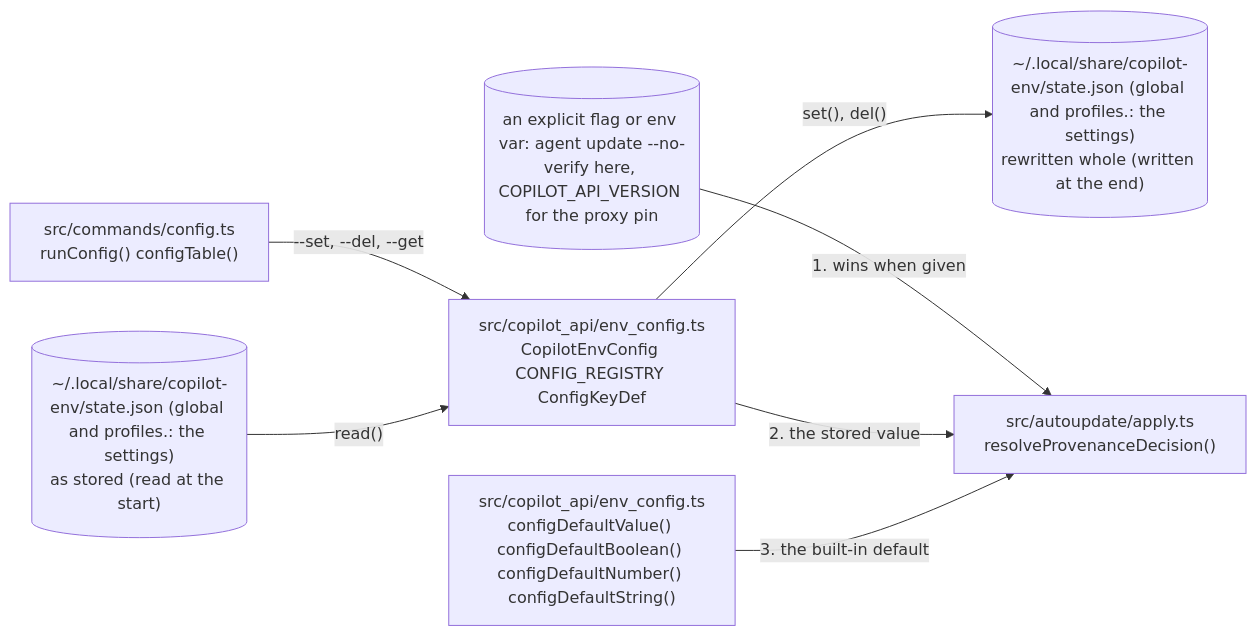
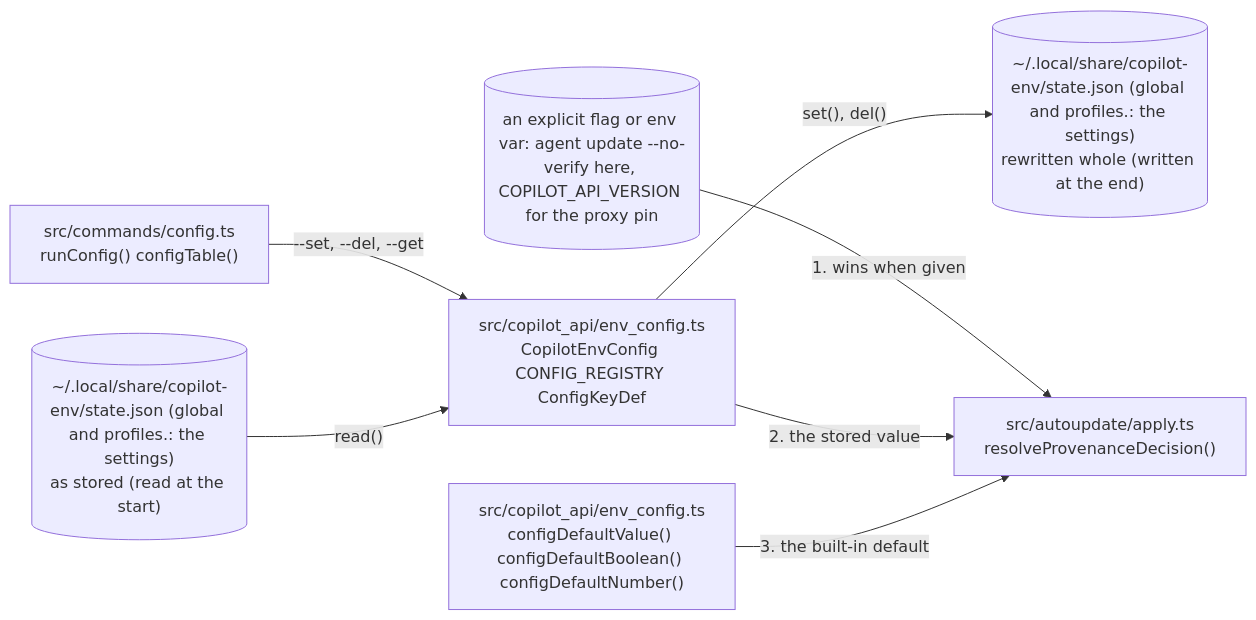
The fifth of 8 diagrams in docs/architecture.md (Vivswan/copilot-env), drawn with Mermaid before and after one commit. The commit also changed other lines of this file and 19 other files, not shown here.

Commit message:
refactor(copilot-api): one gh call per pinned look, one probe memo, and the port, config, and credential folds (#354)

````diff
--- a/docs/architecture.md
+++ b/docs/architecture.md
@@ -176,16 +176,16 @@
 ```mermaid
 flowchart LR
   flag[("an explicit flag or env var: agent update --no-verify here, COPILOT_API_VERSION for the proxy pin")]
   cmd["src/commands/config.ts<br>runConfig() configTable()"]
   prefsin[("~/.local/share/copilot-env/state.json (global and profiles.<name>: the settings)<br>as stored (read at the start)")]
   store["src/copilot_api/env_config.ts<br>CopilotEnvConfig CONFIG_REGISTRY ConfigKeyDef"]
-  dflt["src/copilot_api/env_config.ts<br>configDefaultValue() configDefaultBoolean() configDefaultNumber() configDefaultString()"]
+  dflt["src/copilot_api/env_config.ts<br>configDefaultValue() configDefaultBoolean() configDefaultNumber()"]
   site["src/autoupdate/apply.ts<br>resolveProvenanceDecision()"]
   prefsout[("~/.local/share/copilot-env/state.json (global and profiles.<name>: the settings)<br>rewritten whole (written at the end)")]
   cmd -->|"--set, --del, --get"| store
   prefsin -->|"read()"| store
   store -->|"set(), del()"| prefsout
   flag -->|"1. wins when given"| site
   store -->|"2. the stored value"| site
   dflt -->|"3. the built-in default"| site
 ```
````
